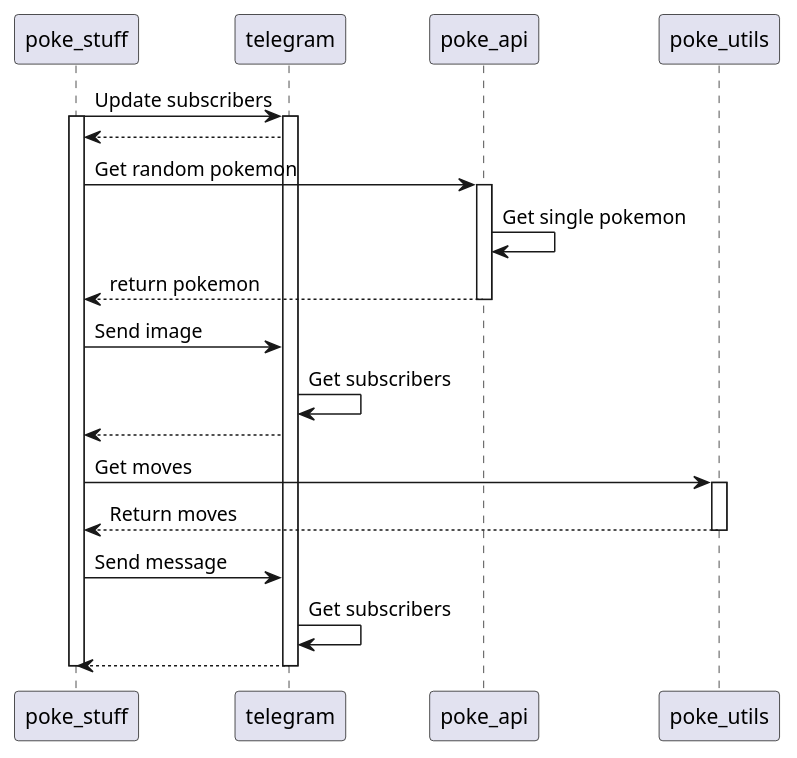
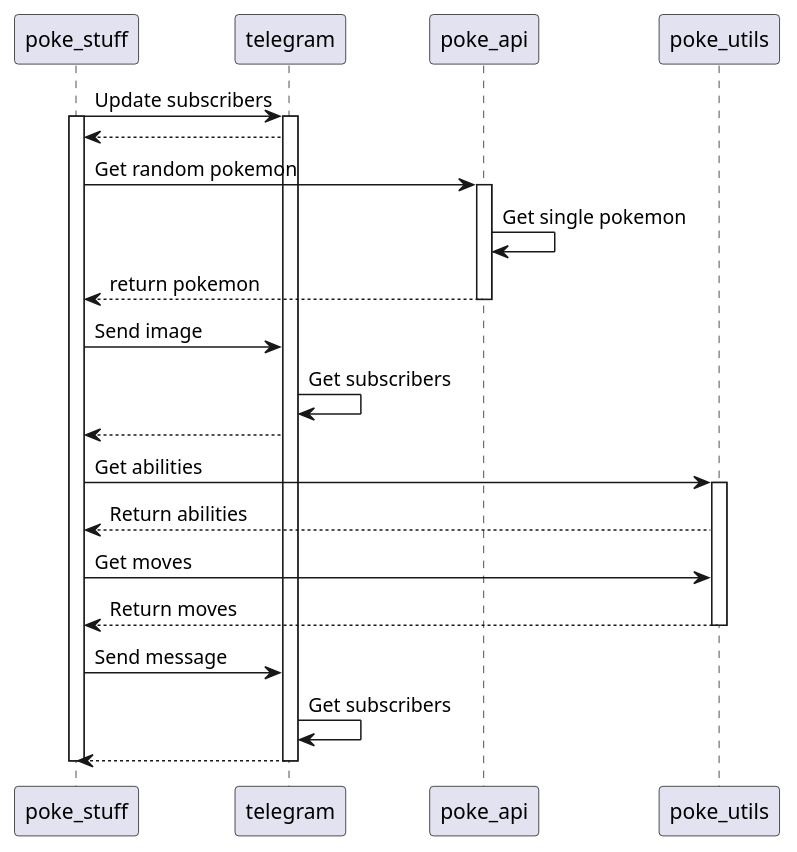
Before and after one commit to GRcwolf/Telegram-Poke-Data: the diagram in assets/src/sequence.plantuml, drawn with PlantUML. The commit also changed 1 other file, not shown here.

Commit message:
Added abilities to sequence

```diff
--- a/assets/src/sequence.plantuml
+++ b/assets/src/sequence.plantuml
@@ -1,23 +1,25 @@
 @startuml
 poke_stuff -> telegram: Update subscribers
 activate poke_stuff
 activate telegram
 telegram --> poke_stuff
 poke_stuff -> poke_api: Get random pokemon
 activate poke_api
 poke_api -> poke_api: Get single pokemon
 poke_api --> poke_stuff: return pokemon
 deactivate poke_api
 poke_stuff -> telegram: Send image
 telegram -> telegram: Get subscribers
 telegram --> poke_stuff
+poke_stuff -> poke_utils: Get abilities
+activate poke_utils
+poke_utils --> poke_stuff: Return abilities
 poke_stuff -> poke_utils: Get moves
-activate poke_utils
 poke_utils --> poke_stuff: Return moves
 deactivate poke_utils
 poke_stuff -> telegram: Send message
 telegram -> telegram: Get subscribers
 telegram --> poke_stuff
 deactivate telegram
 deactivate poke_stuff
 @enduml
```
